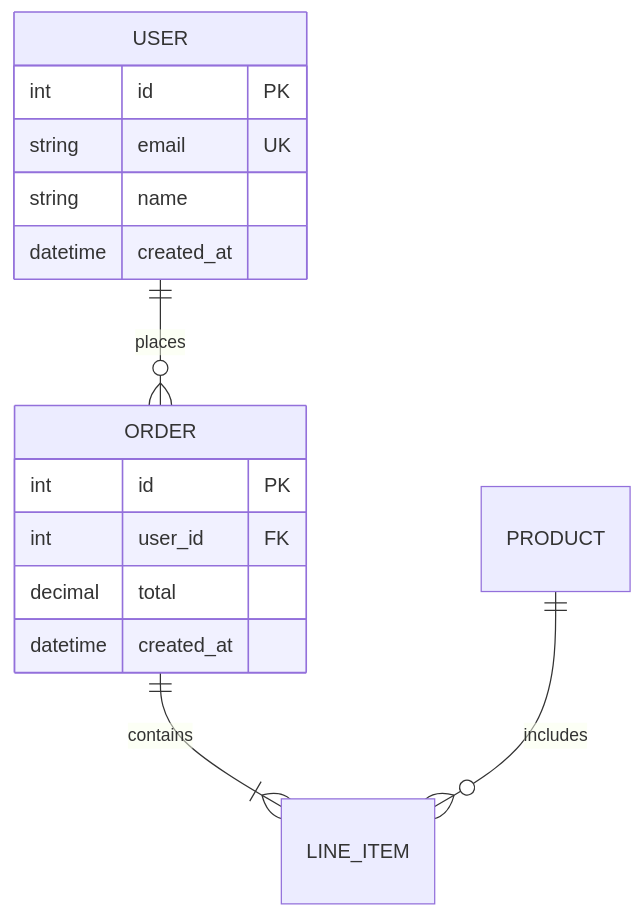
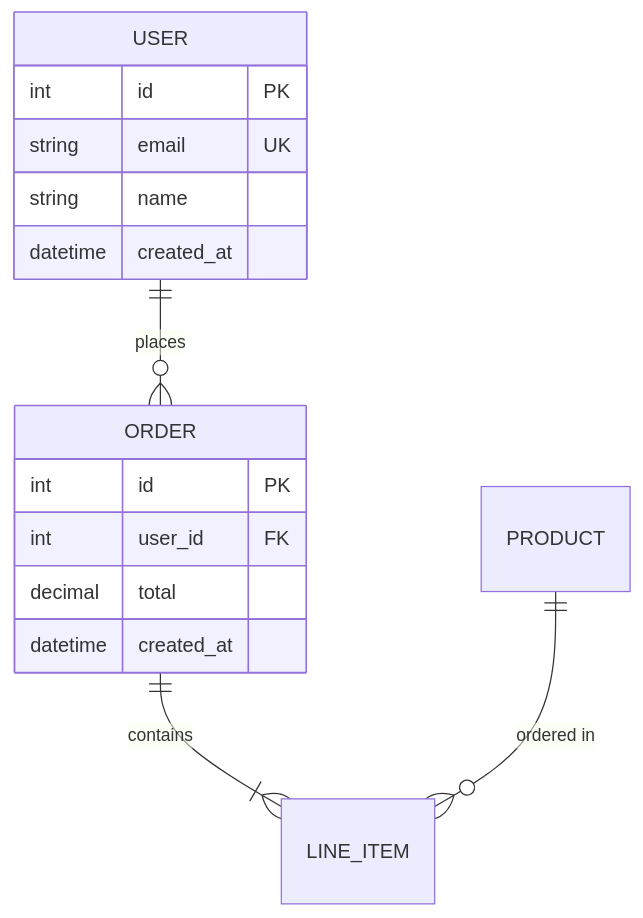
One commit to costa-marcello/repertoire changed the fourth of 6 diagrams in skills/mermaid-diagrams/SKILL.md. Above: the diagram before and after it, drawn with Mermaid. The commit also changed other lines of this file and 12 other files, not shown here.

First line of the commit message:
Fix mermaid-diagrams examples that broke its own rules

````diff
--- a/skills/mermaid-diagrams/SKILL.md
+++ b/skills/mermaid-diagrams/SKILL.md
@@ -111,20 +154,20 @@
 ```mermaid
 erDiagram
     USER ||--o{ ORDER : places
     ORDER ||--|{ LINE_ITEM : contains
-    PRODUCT ||--o{ LINE_ITEM : includes
+    PRODUCT ||--o{ LINE_ITEM : "ordered in"
 
     USER {
         int id PK
         string email UK
         string name
         datetime created_at
     }
 
     ORDER {
         int id PK
         int user_id FK
         decimal total
         datetime created_at
     }
 ```
````
